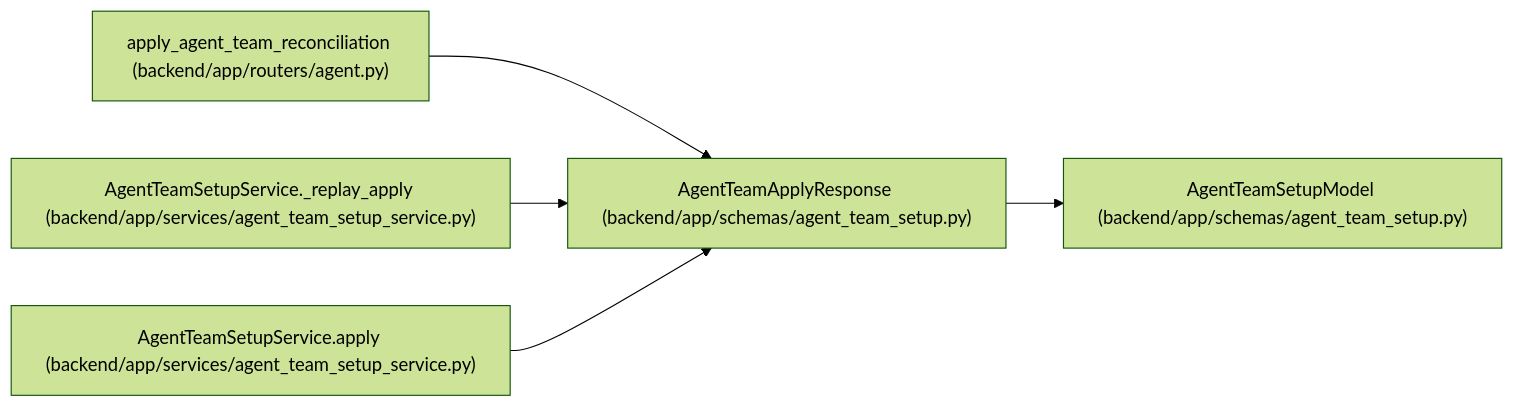
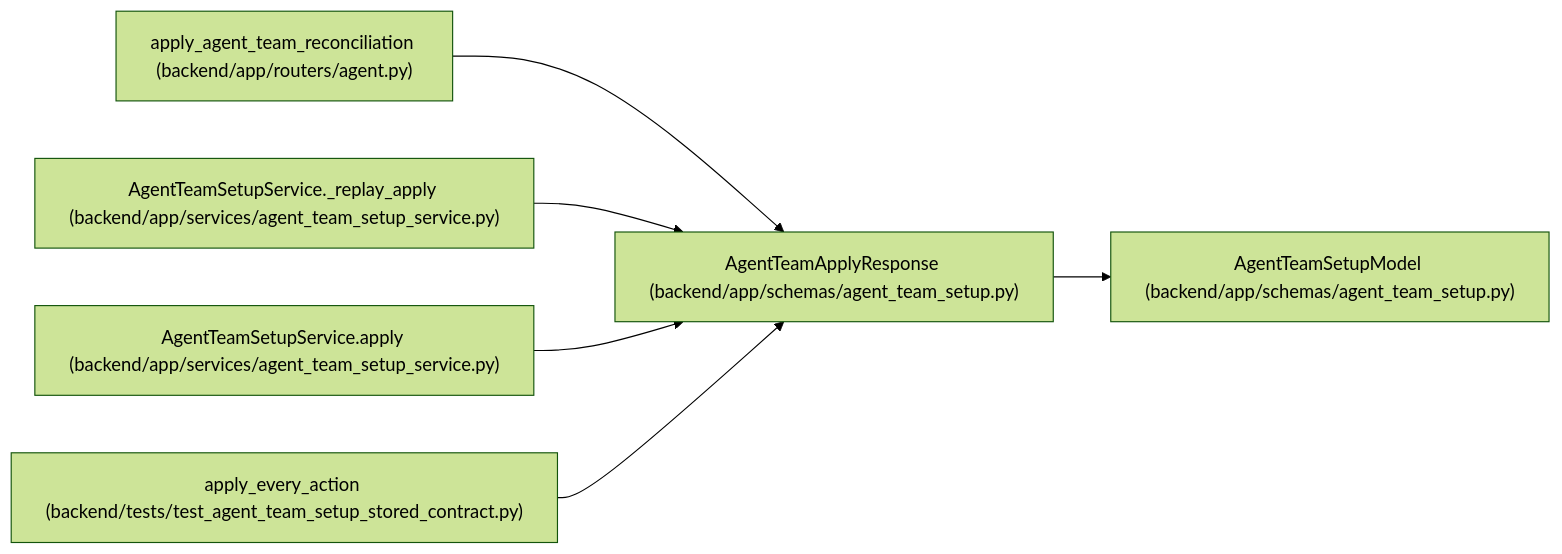
Before and after one commit to Denissvgn/WorkChord: the diagram in docs/llm_wiki/entities/agent_team_setup_AgentTeamApplyResponse.md, drawn with Mermaid (forest theme). The commit also changed other lines of this file and 829 other files, not shown here.

Commit message:
docs(wiki): refresh for team contracts stored under earlier role rules

````diff
--- a/docs/llm_wiki/entities/agent_team_setup_AgentTeamApplyResponse.md
+++ b/docs/llm_wiki/entities/agent_team_setup_AgentTeamApplyResponse.md
@@ -36,17 +36,20 @@
 ```mermaid
 flowchart LR
     n0["AgentTeamApplyResponse (backend/app/schemas/agent_team_setup.py)"]
     n1["AgentTeamSetupModel (backend/app/schemas/agent_team_setup.py)"]
     n2["apply_agent_team_reconciliation (backend/app/routers/agent.py)"]
     n3["AgentTeamSetupService._replay_apply (backend/app/services/agent_team_setup_service.py)"]
     n4["AgentTeamSetupService.apply (backend/app/services/agent_team_setup_service.py)"]
+    n5["apply_every_action (backend/tests/test_agent_team_setup_stored_contract.py)"]
     n0 --> n1
     n2 --> n0
     n3 --> n0
     n4 --> n0
+    n5 --> n0
     click n0 "../modules/agent_team_setup.md"
     click n1 "../modules/agent_team_setup.md"
     click n2 "../modules/routers_agent.md"
     click n3 "../modules/agent_team_setup_service.md"
     click n4 "../modules/agent_team_setup_service.md"
+    click n5 "../modules/test_agent_team_setup_stored_contract.md"
 ```
````
